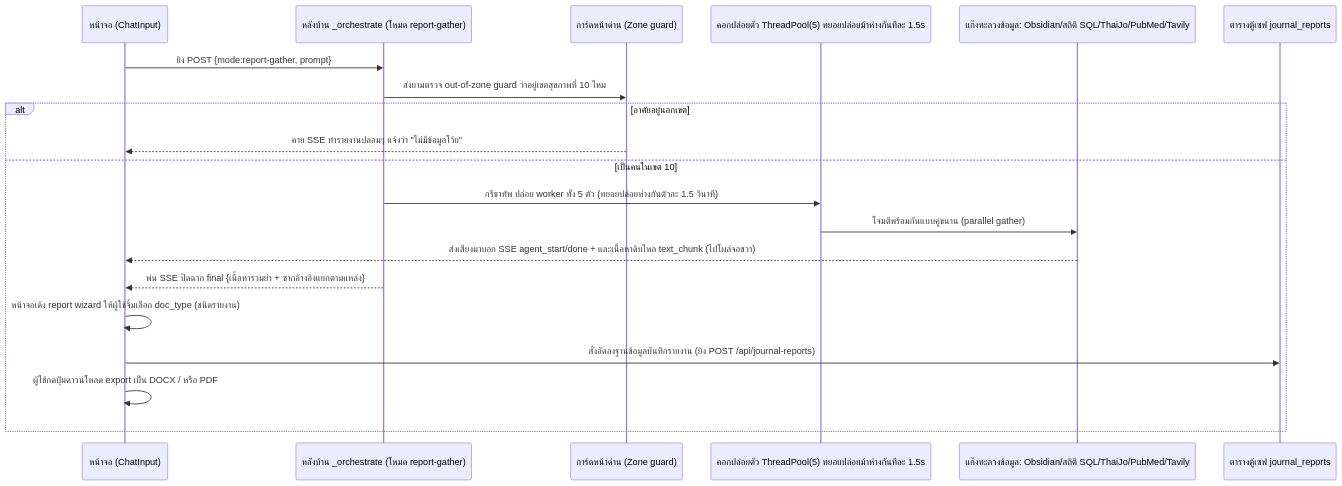
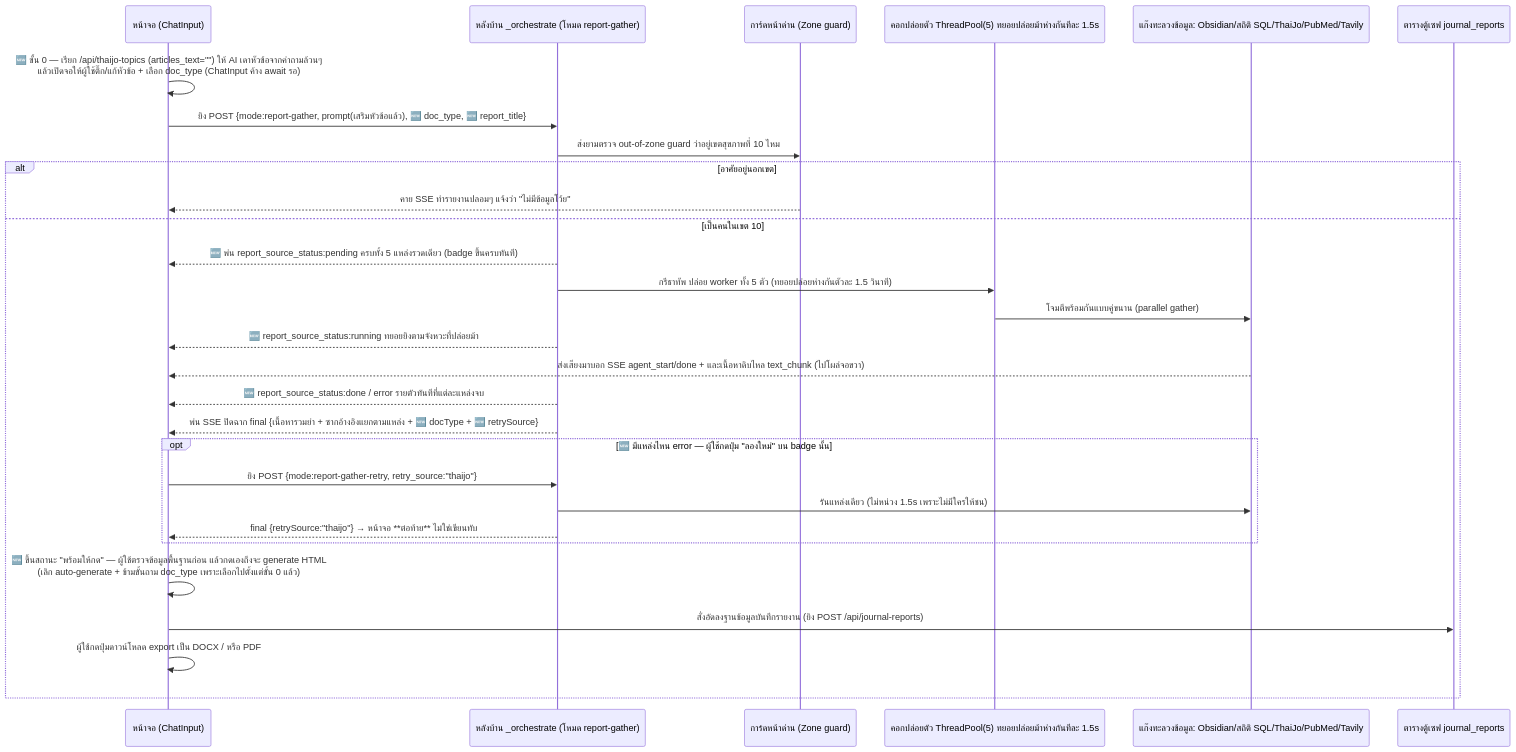
Before and after one commit to babankbro/musya-srs-vault: the diagram in Workflow/06 - Report Generation Workflow.md, drawn with Mermaid. The commit also changed other lines of this file and 23 other files, not shown here.

````diff
--- a/Workflow/06 - Report Generation Workflow.md
+++ b/Workflow/06 - Report Generation Workflow.md
@@ -16,22 +16,31 @@
 ```mermaid
 sequenceDiagram
     participant U as หน้าจอ (ChatInput)
     participant BE as หลังบ้าน _orchestrate (โหมด report-gather)
     participant G as การ์ดหน้าด่าน (Zone guard)
     participant POOL as คอกปล่อยตัว ThreadPool(5) ทยอยปล่อยม้าห่างกันทีละ 1.5s
     participant SRC as แก๊งทะลวงข้อมูล: Obsidian/สถิติ SQL/ThaiJo/PubMed/Tavily
     participant J as ตารางตู้เซฟ journal_reports
-    U->>BE: ยิง POST {mode:report-gather, prompt}
+    U->>U: 🆕 ขั้น 0 — เรียก /api/thaijo-topics (articles_text="") ให้ AI เดาหัวข้อจากคำถามล้วนๆ<br/>แล้วเปิดจอให้ผู้ใช้ติ๊ก/แก้หัวข้อ + เลือก doc_type (ChatInput ค้าง await รอ)
+    U->>BE: ยิง POST {mode:report-gather, prompt(เสริมหัวข้อแล้ว), 🆕 doc_type, 🆕 report_title}
     BE->>G: ส่งยามตรวจ out-of-zone guard ว่าอยู่เขตสุขภาพที่ 10 ไหม
     alt อาศัยอยู่นอกเขต
         G-->>U: คาย SSE ทำรายงานปลอมๆ แจ้งว่า "ไม่มีข้อมูลโว้ย"
     else เป็นคนในเขต 10
+        BE-->>U: 🆕 พ่น report_source_status:pending ครบทั้ง 5 แหล่งรวดเดียว (badge ขึ้นครบทันที)
         BE->>POOL: กรีธาทัพ ปล่อย worker ทั้ง 5 ตัว (ทยอยปล่อยห่างกันตัวละ 1.5 วินาที)
         POOL->>SRC: โจมตีพร้อมกันแบบคู่ขนาน (parallel gather)
+        BE-->>U: 🆕 report_source_status:running ทยอยยิงตามจังหวะที่ปล่อยม้า
         SRC-->>U: ส่งเสียงมาบอก SSE agent_start/done + และเนื้อหาดิบไหล text_chunk (ไปโผล่จอขวา)
-        BE-->>U: พ่น SSE ปิดฉาก final {เนื้อหารวมยำ + ซากอ้างอิงแยกตามแหล่ง}
-        U->>U: หน้าจอเด้ง report wizard ให้ผู้ใช้จิ้มเลือก doc_type (ชนิดรายงาน)
+        BE-->>U: 🆕 report_source_status:done / error รายตัวทันทีที่แต่ละแหล่งจบ
+        BE-->>U: พ่น SSE ปิดฉาก final {เนื้อหารวมยำ + ซากอ้างอิงแยกตามแหล่ง + 🆕 docType + 🆕 retrySource}
+        opt 🆕 มีแหล่งไหน error — ผู้ใช้กดปุ่ม "ลองใหม่" บน badge นั้น
+            U->>BE: ยิง POST {mode:report-gather-retry, retry_source:"thaijo"}
+            BE->>SRC: รันแหล่งเดียว (ไม่หน่วง 1.5s เพราะไม่มีใครให้ชน)
+            BE-->>U: final {retrySource:"thaijo"} → หน้าจอ **ต่อท้าย** ไม่ใช่เขียนทับ
+        end
+        U->>U: 🆕 ขึ้นสถานะ "พร้อมให้กด" — ผู้ใช้ตรวจข้อมูลพื้นฐานก่อน แล้วกดเองถึงจะ generate HTML<br/>(เลิก auto-generate + ข้ามขั้นถาม doc_type เพราะเลือกไปตั้งแต่ขั้น 0 แล้ว)
         U->>J: สั่งอัดลงฐานข้อมูลบันทึกรายงาน (ยิง POST /api/journal-reports)
         U->>U: ผู้ใช้กดปุ่มดาวน์โหลด export เป็น DOCX / หรือ PDF
     end
 ```
````
